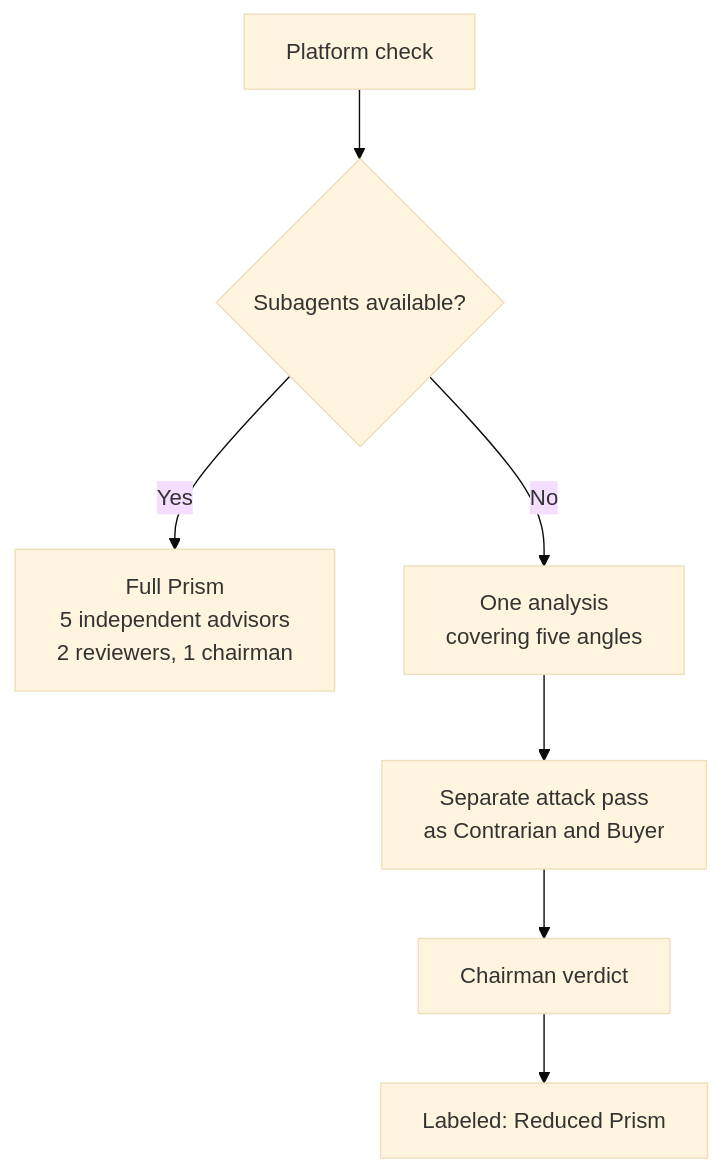
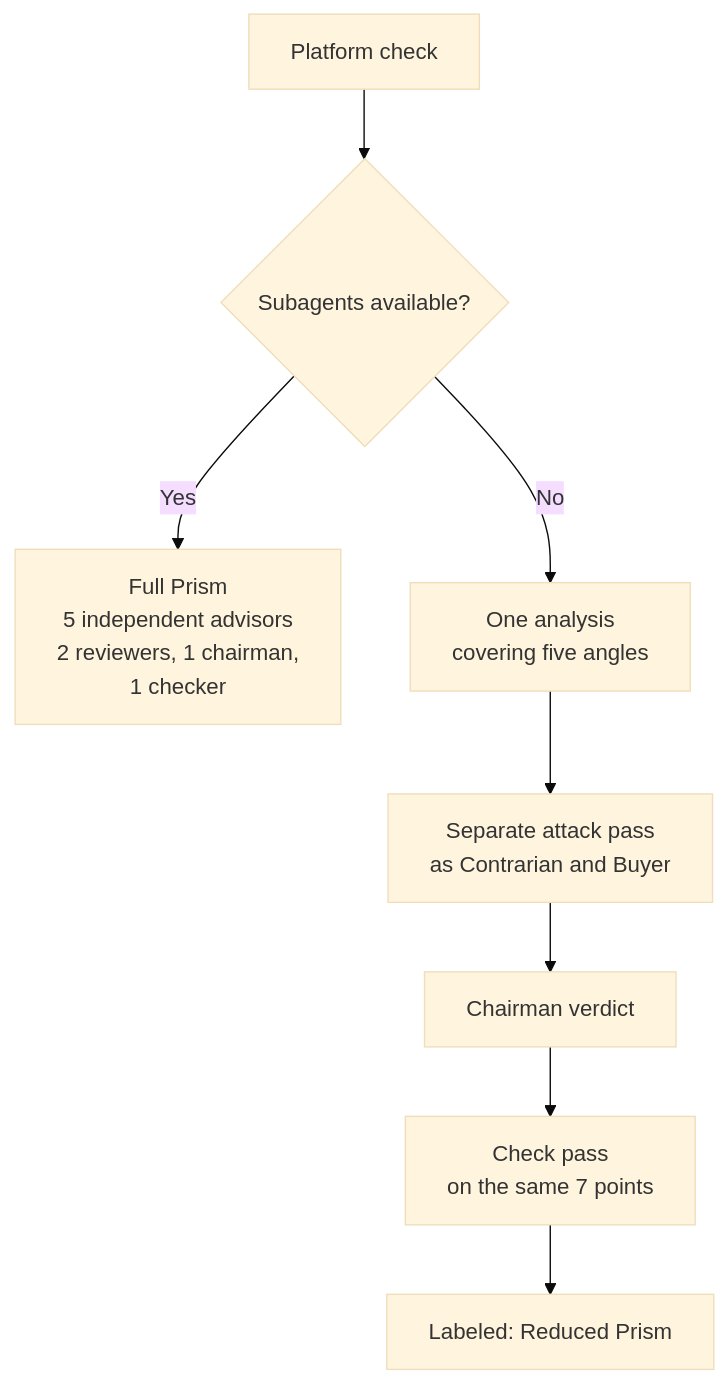
One commit to The-Discipline/prism-council changed the fifth of 6 diagrams in docs/how-it-works.md. Above: the diagram before and after it, drawn with Mermaid (base theme). The commit also changed other lines of this file and 14 other files, not shown here.

````diff
--- a/docs/how-it-works.md
+++ b/docs/how-it-works.md
@@ -65,9 +68,10 @@
 ```mermaid
 flowchart TD
     P["Platform check"] --> S{"Subagents available?"}
-    S -- "Yes" --> F["Full Prism<br/>5 independent advisors<br/>2 reviewers, 1 chairman"]
+    S -- "Yes" --> F["Full Prism<br/>5 independent advisors<br/>2 reviewers, 1 chairman,<br/>1 checker"]
     S -- "No" --> R1["One analysis<br/>covering five angles"]
     R1 --> R2["Separate attack pass<br/>as Contrarian and Buyer"]
     R2 --> R3["Chairman verdict"]
-    R3 --> LBL["Labeled: Reduced Prism"]
+    R3 --> R4["Check pass<br/>on the same 7 points"]
+    R4 --> LBL["Labeled: Reduced Prism"]
 ```
````
